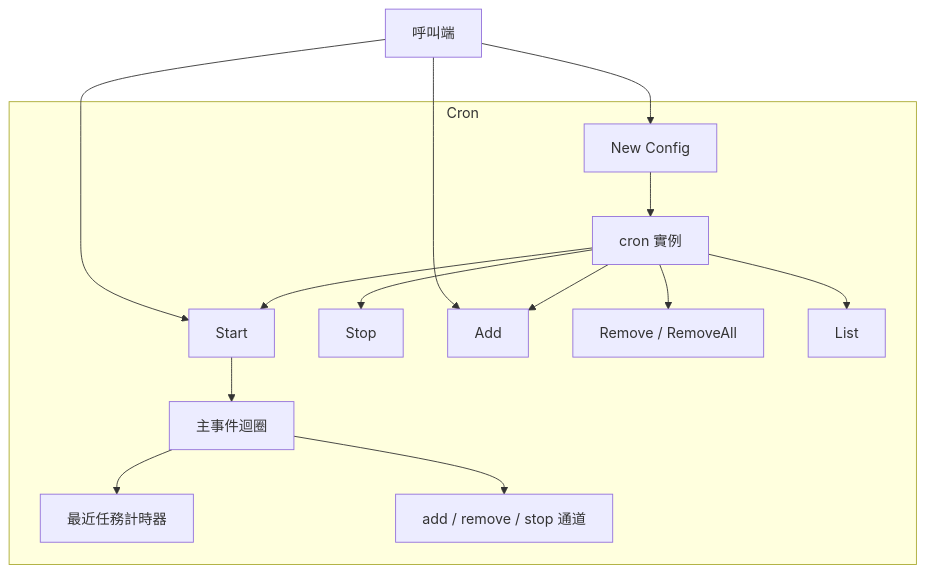
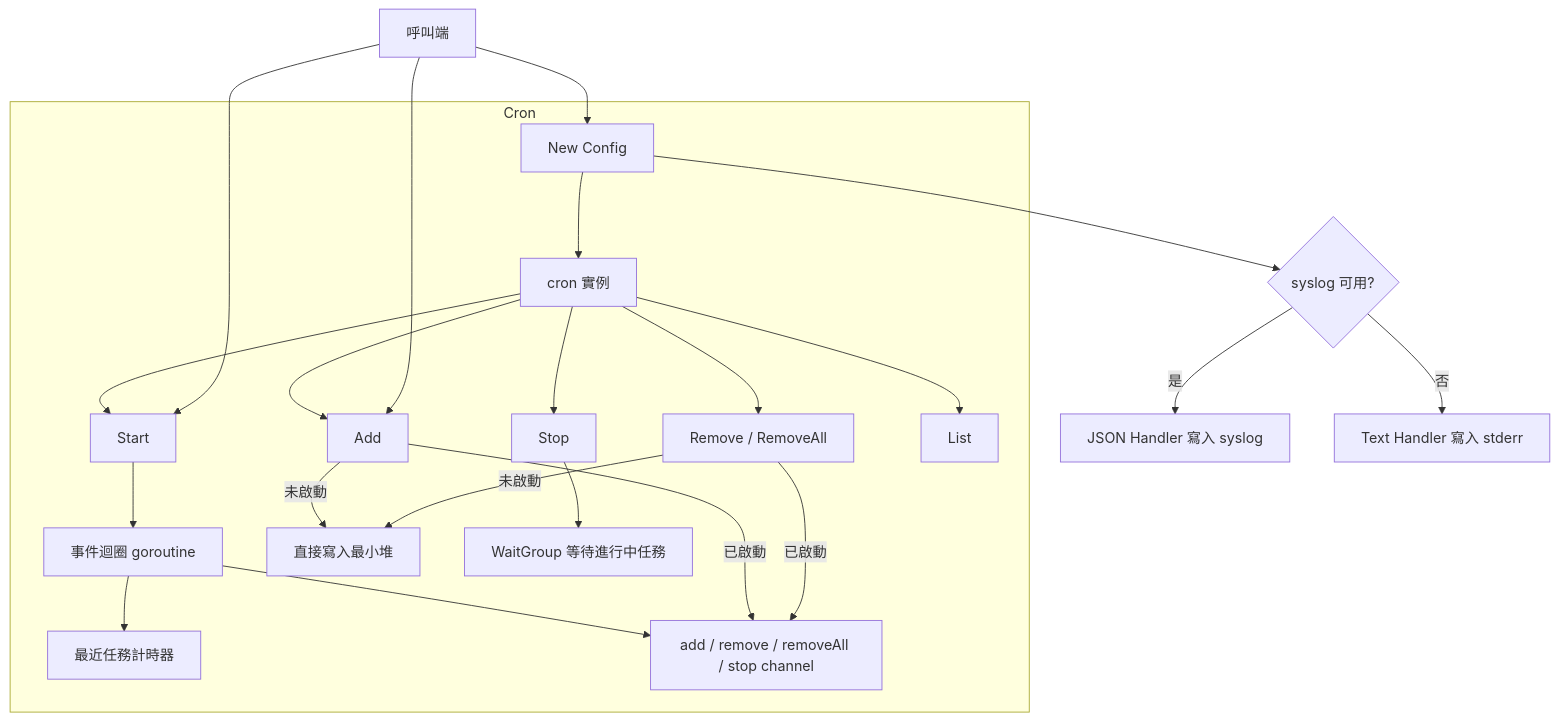
One commit to pardnchiu/go-scheduler changed the second of 7 diagrams in doc/architecture.zh.md. Above: the diagram before and after it, drawn with Mermaid. The commit also changed other lines of this file and 6 other files, not shown here.

````diff
--- a/doc/architecture.zh.md
+++ b/doc/architecture.zh.md
@@ -23,17 +28,25 @@
 ```mermaid
 graph TB
     subgraph Cron
         New[New Config] --> Instance[cron 實例]
         Instance --> Start[Start]
         Instance --> Stop[Stop]
         Instance --> Add[Add]
         Instance --> Remove[Remove / RemoveAll]
         Instance --> List[List]
-        Start --> Loop[主事件迴圈]
+        Start --> Loop[事件迴圈 goroutine]
         Loop --> Timer[最近任務計時器]
-        Loop --> Channels[add / remove / stop 通道]
+        Loop --> Channels[add / remove / removeAll / stop channel]
+        Add -->|已啟動| Channels
+        Remove -->|已啟動| Channels
+        Add -->|未啟動| HeapDirect[直接寫入最小堆]
+        Remove -->|未啟動| HeapDirect
+        Stop --> WaitGroup[WaitGroup 等待進行中任務]
     end
     App[呼叫端] --> New
     App --> Start
     App --> Add
+    New --> Syslog{syslog 可用?}
+    Syslog -->|是| JSON[JSON Handler 寫入 syslog]
+    Syslog -->|否| Text[Text Handler 寫入 stderr]
 ```
````
